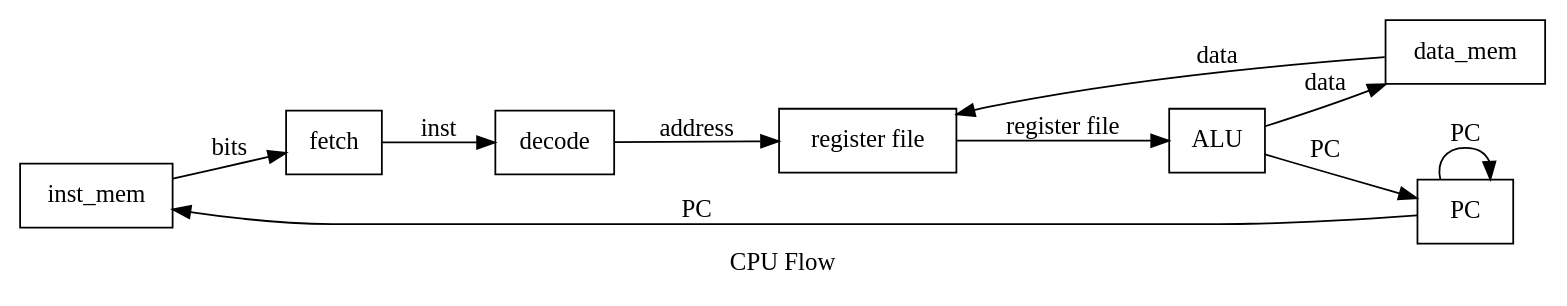
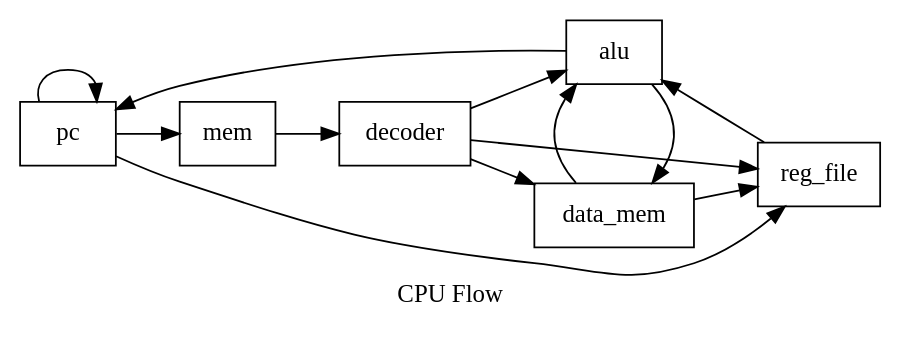
Before and after one commit to diohabara/dCPU: the diagram in img/cpu.dot, drawn with Graphviz. The commit also changed 4 other files, not shown here.

```diff
--- a/img/cpu.dot
+++ b/img/cpu.dot
@@ -1,14 +1,18 @@
 digraph CPU{
-    node[shape=block]
+    node[shape=box]
     label = "CPU Flow"
     rankdir = LR
-    inst_mem -> fetch [label="bits"]
-    fetch -> decode [label="inst"]
-    decode -> "register file" [label="address"]
-    "register file" -> ALU [label="register file"]
-    ALU -> data_mem [label="data"]
-    data_mem -> "register file" [label="data"]
-    ALU -> PC [label=PC]
-    PC -> PC  [label=PC]
-    PC -> inst_mem [label=PC]
+    pc -> mem
+    pc -> pc
+    alu -> pc
+    mem -> decoder
+    decoder -> reg_file
+    reg_file ->  alu
+    alu -> data_mem
+    data_mem -> reg_file
+    decoder -> alu
+    decoder -> data_mem
+    pc -> reg_file
+    data_mem -> alu
+    {rank=same;data_mem;alu}
 }
```
